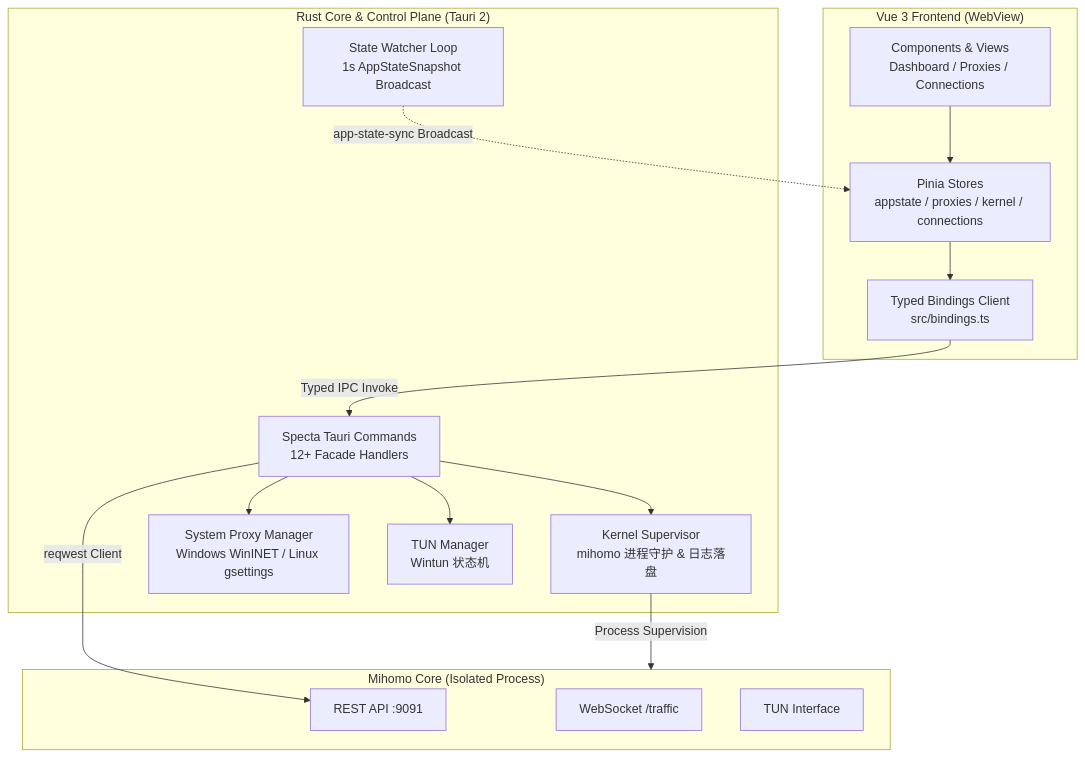
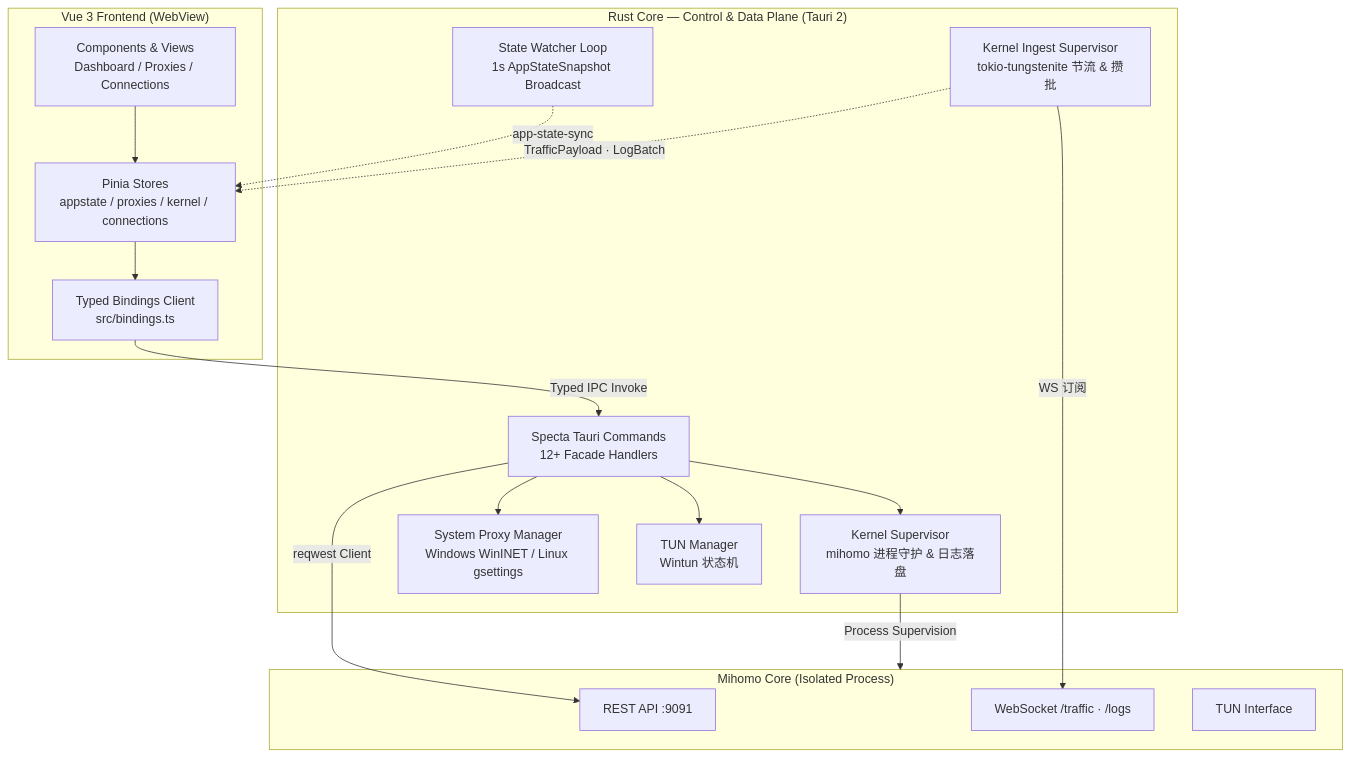
Before and after one commit to zhuyikai2002/flexclash: the diagram in README.md, drawn with Mermaid. The commit also changed other lines of this file, not shown here.

First line of the commit message:
docs(readme): document the Rust-owned data plane, refresh versions

````diff
--- a/README.md
+++ b/README.md
@@ -86,32 +88,35 @@
 ```mermaid
 graph TB
     subgraph Frontend["Vue 3 Frontend (WebView)"]
         UI[Components & Views<br/>Dashboard / Proxies / Connections]
         Stores[Pinia Stores<br/>appstate / proxies / kernel / connections]
         Bindings[Typed Bindings Client<br/>src/bindings.ts]
         UI --> Stores
         Stores --> Bindings
     end
 
-    subgraph Backend["Rust Core & Control Plane (Tauri 2)"]
+    subgraph Backend["Rust Core — Control & Data Plane (Tauri 2)"]
         Commands[Specta Tauri Commands<br/>12+ Facade Handlers]
         Watcher[State Watcher Loop<br/>1s AppStateSnapshot Broadcast]
+        Ingest[Kernel Ingest Supervisor<br/>tokio-tungstenite 节流 & 攒批]
         Sidecar[Kernel Supervisor<br/>mihomo 进程守护 & 日志落盘]
         Proxy[System Proxy Manager<br/>Windows WinINET / Linux gsettings]
         Tun[TUN Manager<br/>Wintun 状态机]
     end
 
     subgraph Kernel["Mihomo Core (Isolated Process)"]
         REST[REST API :9091]
-        WS[WebSocket /traffic]
+        WS[WebSocket /traffic · /logs]
         TUN_IF[TUN Interface]
     end
 
     Bindings -->|Typed IPC Invoke| Commands
-    Watcher -.->|app-state-sync Broadcast| Stores
+    Watcher -.->|app-state-sync| Stores
+    Ingest -.->|TrafficPayload · LogBatch| Stores
     Commands -->|reqwest Client| REST
     Commands --> Sidecar
     Commands --> Proxy
     Commands --> Tun
+    Ingest -->|WS 订阅| WS
     Sidecar -->|Process Supervision| Kernel
 ```
````
